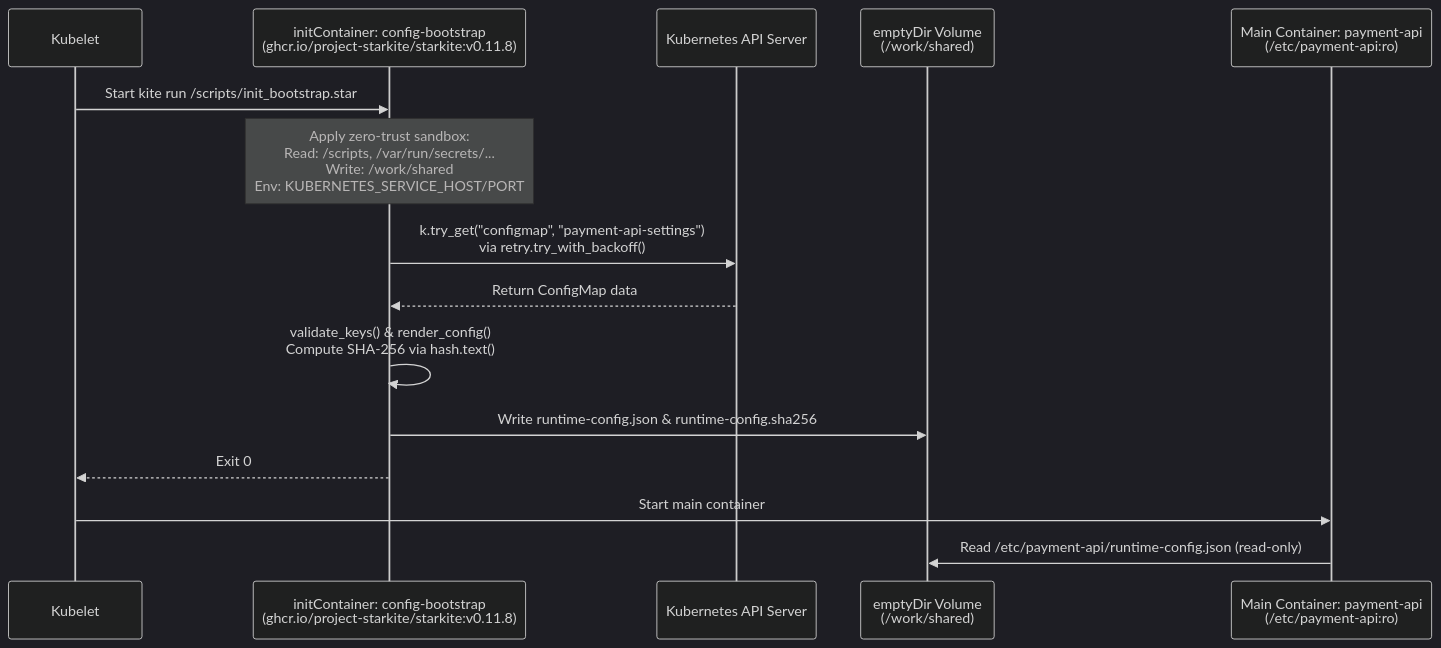
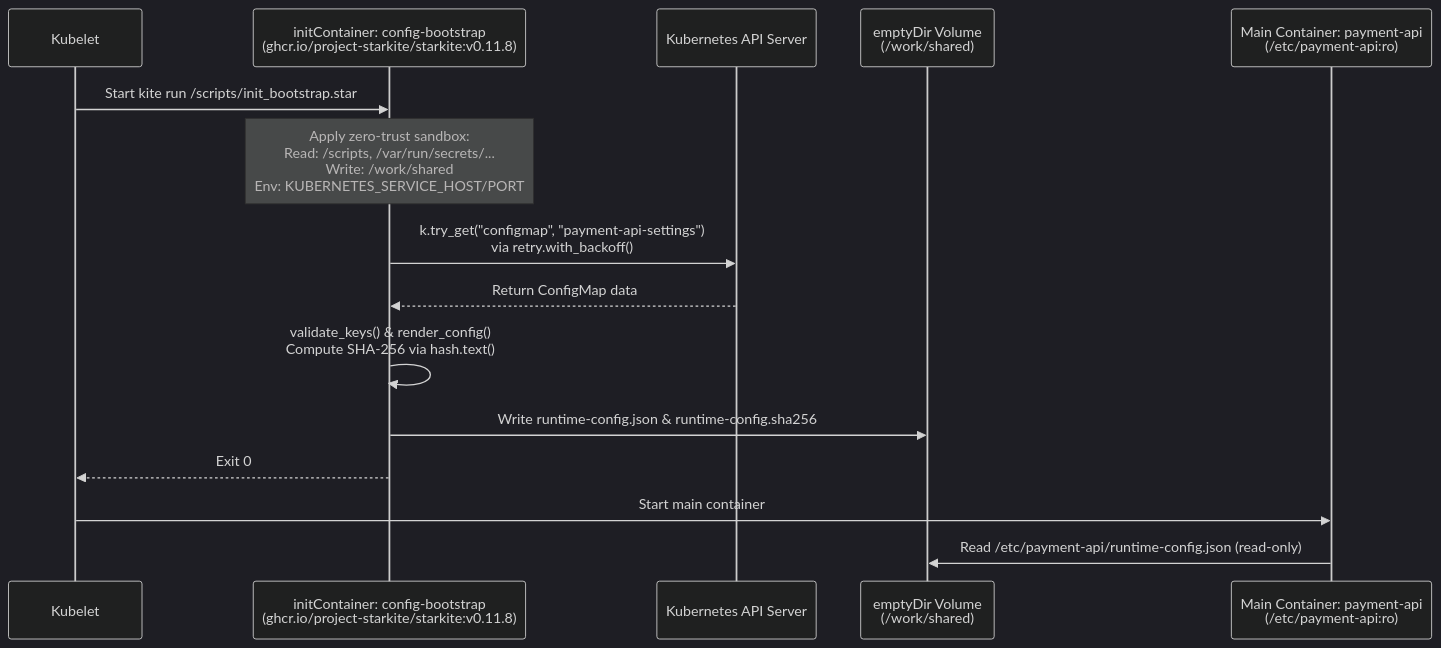
One commit to project-starkite/starkite-tutorials changed the diagram in k8s/init-cluster/README.md. Above: the diagram before and after it, drawn with Mermaid (dark theme). The commit also changed other lines of this file and 7 other files, not shown here.

````diff
--- a/k8s/init-cluster/README.md
+++ b/k8s/init-cluster/README.md
@@ -78,18 +78,18 @@
 ```mermaid
 sequenceDiagram
     participant Kubelet as Kubelet
     participant Init as initContainer: config-bootstrap<br/>(ghcr.io/project-starkite/starkite:v0.11.8)
     participant API as Kubernetes API Server
     participant Vol as emptyDir Volume<br/>(/work/shared)
     participant App as Main Container: payment-api<br/>(/etc/payment-api:ro)
 
     Kubelet->>Init: Start kite run /scripts/init_bootstrap.star
     Note over Init: Apply zero-trust sandbox:<br/>Read: /scripts, /var/run/secrets/...<br/>Write: /work/shared<br/>Env: KUBERNETES_SERVICE_HOST/PORT
-    Init->>API: k.try_get("configmap", "payment-api-settings")<br/>via retry.try_with_backoff()
+    Init->>API: k.try_get("configmap", "payment-api-settings")<br/>via retry.with_backoff()
     API-->>Init: Return ConfigMap data
     Init->>Init: validate_keys() & render_config()<br/>Compute SHA-256 via hash.text()
     Init->>Vol: Write runtime-config.json & runtime-config.sha256
     Init-->>Kubelet: Exit 0
     Kubelet->>App: Start main container
     App->>Vol: Read /etc/payment-api/runtime-config.json (read-only)
 ```
````
